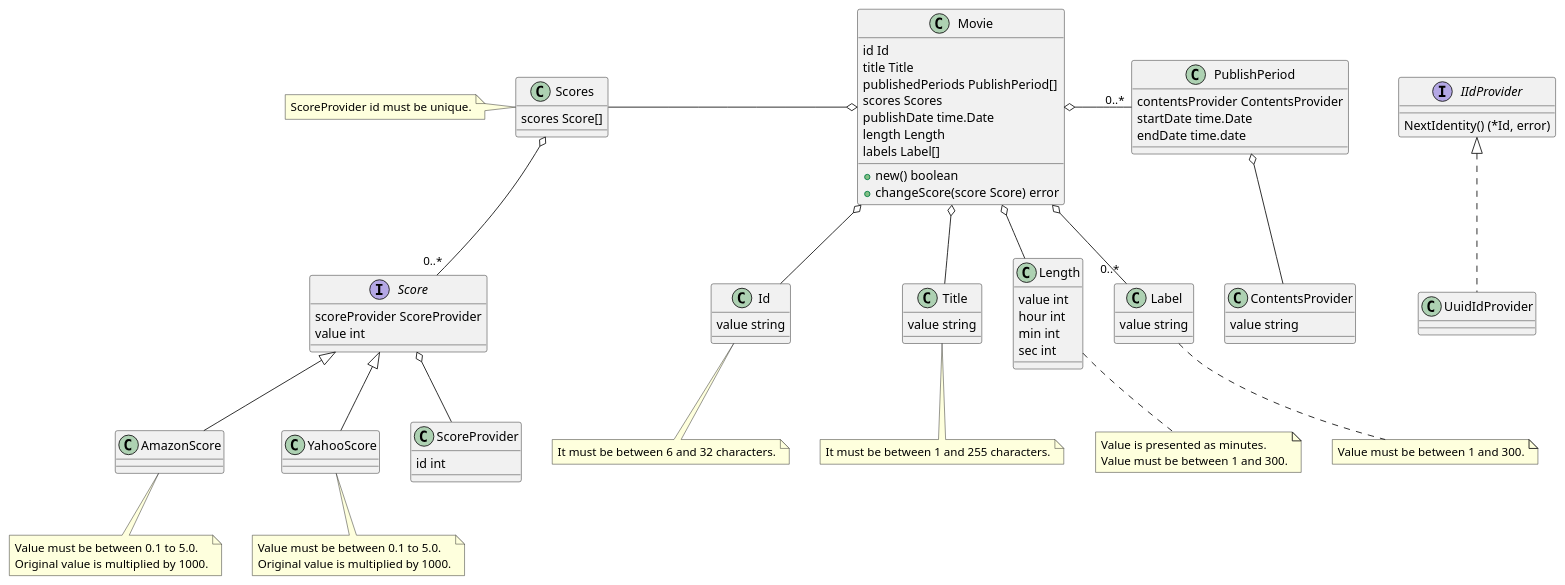
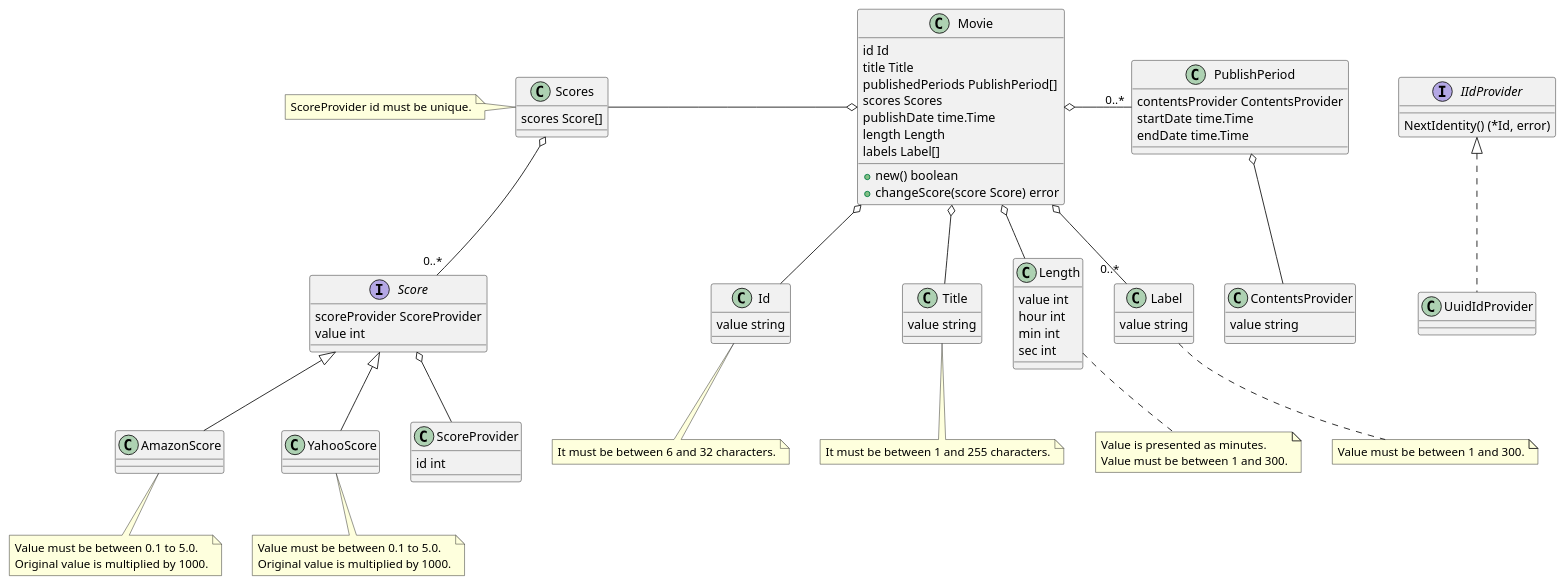
The diagram in hackathon/doc/movie.pu (makocchi-git/ddd-guys), drawn with PlantUML before and after one commit. The commit also changed 4 other files, not shown here.

```diff
--- a/hackathon/doc/movie.pu
+++ b/hackathon/doc/movie.pu
@@ -1,115 +1,115 @@
 @startuml
 
 class Movie {
     id Id
     title Title
     publishedPeriods PublishPeriod[]
     scores Scores
-    publishDate time.Date
+    publishDate time.Time
     length Length
     labels Label[]
 
     +new() boolean
     +changeScore(score Score) error
 }
 
 class Scores {
     scores Score[]
 }
 
 note left of Scores
     ScoreProvider id must be unique.
 end note
 
 class Id {
     value string
 }
 
 note bottom of Id
     It must be between 6 and 32 characters.
 end note
 
 class Title {
     value string
 }
 
 note bottom of Title
     It must be between 1 and 255 characters.
 end note
 
 class Length {
     value int
     hour int
     min int
     sec int
 }
 
 note bottom of Length
     Value is presented as minutes.
     Value must be between 1 and 300.
 end note
 
 class Label {
     value string
 }
 
 note bottom of Label
     Value must be between 1 and 300.
 end note
 
 class PublishPeriod {
     contentsProvider ContentsProvider
-    startDate time.Date
-    endDate time.date
+    startDate time.Time
+    endDate time.Time
 }
 
 class ContentsProvider {
     value string
 }
 
 interface Score {
     scoreProvider ScoreProvider
     value int
 }
 
 class AmazonScore {
 }
 
 note bottom of AmazonScore
     Value must be between 0.1 to 5.0.
     Original value is multiplied by 1000.
 end note
 
 class YahooScore {
 }
 
 note bottom of YahooScore
     Value must be between 0.1 to 5.0.
     Original value is multiplied by 1000.
 end note
 
 class ScoreProvider {
     id int
 }
 
 interface IIdProvider {
     NextIdentity() (*Id, error)
 }
 
 class UuidIdProvider {
 }
 
 Movie o-- Id
 Movie o-- Title
 Movie o-- Length
 Movie o-right- "0..*" PublishPeriod
 Movie o-- "0..*" Label
 Movie o-left- Scores
 Scores o-- "0..*" Score
 Score o-- ScoreProvider
 Score <|-- AmazonScore
 Score <|-- YahooScore
 PublishPeriod o-- ContentsProvider
 IIdProvider <|.. UuidIdProvider
 
 @enduml
```
